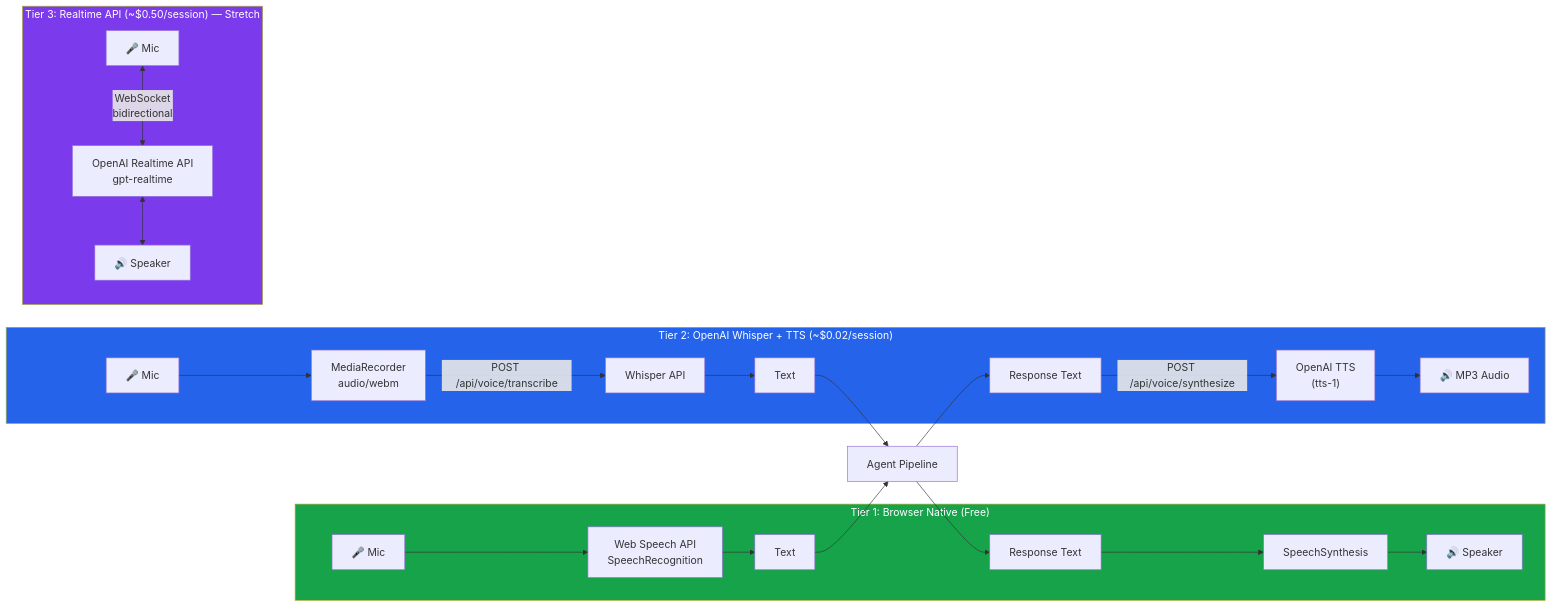
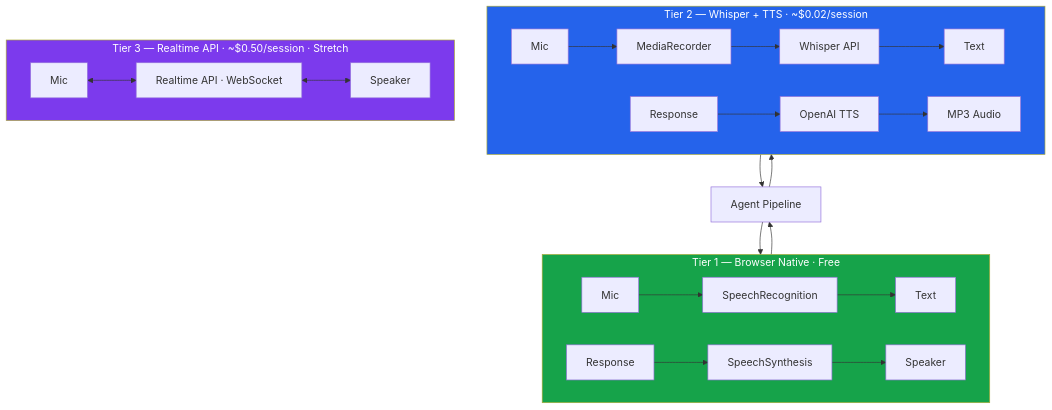
One commit to FergieFeng/resume-alignment-engine changed the third of 4 diagrams in README.md. Above: the diagram before and after it, drawn with Mermaid. The commit also changed other lines of this file, not shown here.

First line of the commit message:
fix: rewrite mermaid diagrams for clean GitHub rendering

````diff
--- a/README.md
+++ b/README.md
@@ -191,31 +115,28 @@
 ```mermaid
-graph LR
-    subgraph TIER1["Tier 1: Browser Native (Free)"]
-        MIC1["🎤 Mic"] --> WSA["Web Speech API<br/>SpeechRecognition"]
-        WSA --> TEXT1["Text"]
-        RESP1["Response Text"] --> SYNTH["SpeechSynthesis"]
-        SYNTH --> SPEAKER1["🔊 Speaker"]
+graph TD
+    subgraph T1["Tier 1 — Browser Native · Free"]
+        direction LR
+        M1["Mic"] --> SR["SpeechRecognition"] --> TX1["Text"]
+        RS1["Response"] --> SS["SpeechSynthesis"] --> SP1["Speaker"]
     end
 
-    subgraph TIER2["Tier 2: OpenAI Whisper + TTS (~$0.02/session)"]
-        MIC2["🎤 Mic"] --> RECORD["MediaRecorder<br/>audio/webm"]
-        RECORD -->|"POST /api/voice/transcribe"| WHISPER2["Whisper API"]
-        WHISPER2 --> TEXT2["Text"]
-        RESP2["Response Text"] -->|"POST /api/voice/synthesize"| TTS2["OpenAI TTS<br/>(tts-1)"]
-        TTS2 --> SPEAKER2["🔊 MP3 Audio"]
+    subgraph T2["Tier 2 — Whisper + TTS · ~$0.02/session"]
+        direction LR
+        M2["Mic"] --> REC["MediaRecorder"] --> WH["Whisper API"] --> TX2["Text"]
+        RS2["Response"] --> TTS["OpenAI TTS"] --> SP2["MP3 Audio"]
     end
 
-    subgraph TIER3["Tier 3: Realtime API (~$0.50/session) — Stretch"]
-        MIC3["🎤 Mic"] <-->|"WebSocket<br/>bidirectional"| REALTIME["OpenAI Realtime API<br/>gpt-realtime"]
-        REALTIME <--> SPEAKER3["🔊 Speaker"]
+    subgraph T3["Tier 3 — Realtime API · ~$0.50/session · Stretch"]
+        direction LR
+        M3["Mic"] <--> RT["Realtime API · WebSocket"] <--> SP3["Speaker"]
     end
 
-    TEXT1 --> PIPELINE["Agent Pipeline"]
-    TEXT2 --> PIPELINE
-    PIPELINE --> RESP1
-    PIPELINE --> RESP2
+    TX1 --> PIPE["Agent Pipeline"]
+    TX2 --> PIPE
+    PIPE --> RS1
+    PIPE --> RS2
 
-    style TIER1 fill:#16a34a,color:#fff
-    style TIER2 fill:#2563eb,color:#fff
-    style TIER3 fill:#7c3aed,color:#fff
+    style T1 fill:#16a34a,color:#fff
+    style T2 fill:#2563eb,color:#fff
+    style T3 fill:#7c3aed,color:#fff
 ```
````
